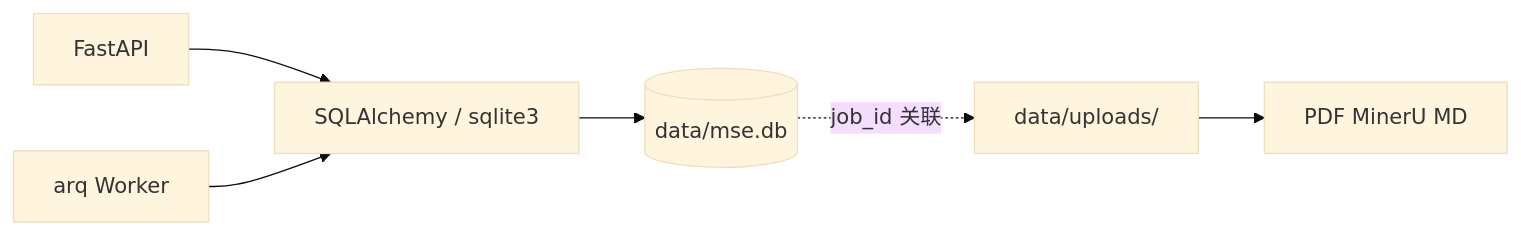
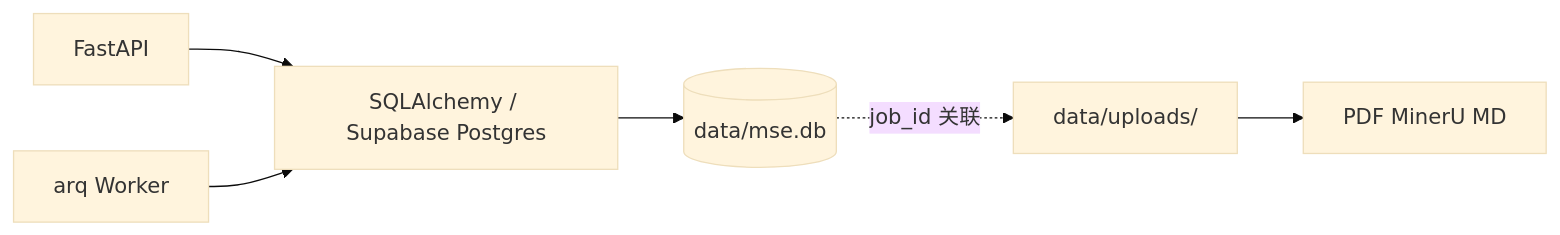
One commit to TyrionXu-016/fudan-paper-check changed the third of 5 diagrams in docs/plans/mse-tutoring-system.md. Above: the diagram before and after it, drawn with Mermaid (base theme). The commit also changed other lines of this file and 17 other files, not shown here.

Commit message:
fix: use supabase postgres and managed redis for mse deploy

````diff
--- a/docs/plans/mse-tutoring-system.md
+++ b/docs/plans/mse-tutoring-system.md
@@ -358,8 +358,8 @@
 ```mermaid
 flowchart LR
-  API[FastAPI] --> ORM[SQLAlchemy / sqlite3]
+  API[FastAPI] --> ORM[SQLAlchemy / Supabase Postgres]
   Worker[arq Worker] --> ORM
   ORM --> DB[(data/mse.db)]
   FS[data/uploads/] --> PDF[PDF MinerU MD]
   DB -.->|job_id 关联| FS
 ```
````
